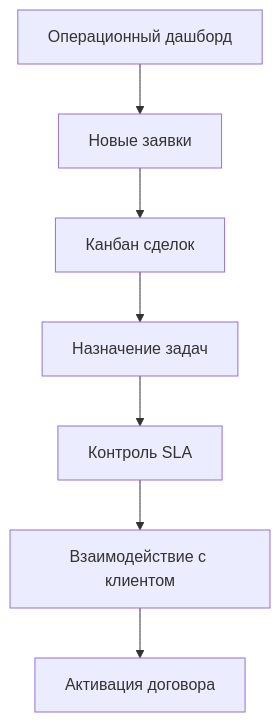
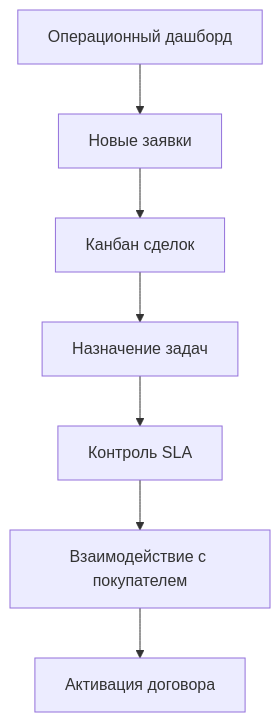
The second of 3 diagrams in .trae/documents/fast-lease-product-requirements.md (MagnumMax/fast-lease), drawn with Mermaid before and after one commit. The commit also changed other lines of this file and 102 other files, not shown here.

````diff
--- a/.trae/documents/fast-lease-product-requirements.md
+++ b/.trae/documents/fast-lease-product-requirements.md
@@ -98,9 +98,9 @@
 ```mermaid
 graph TD
     A[Операционный дашборд] --> B[Новые заявки]
     B --> C[Канбан сделок]
     C --> D[Назначение задач]
     D --> E[Контроль SLA]
-    E --> F[Взаимодействие с клиентом]
+    E --> F[Взаимодействие с покупателем]
     F --> G[Активация договора]
 ```
````
